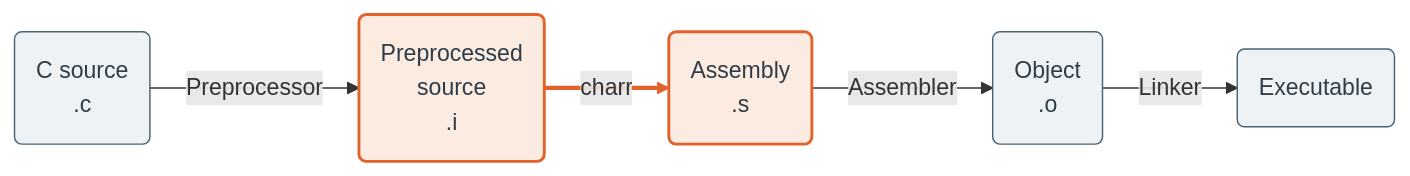
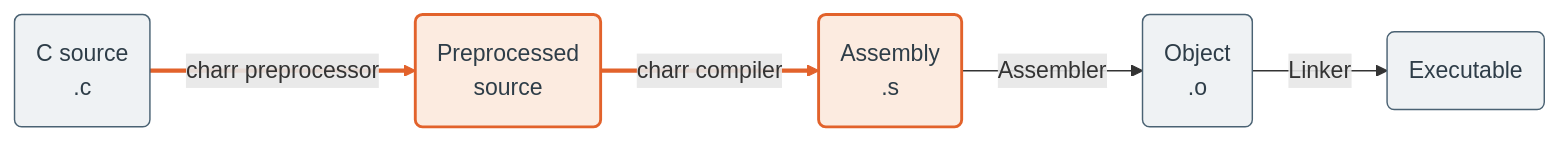
Before and after one commit to joshuanunn/charr: the first of 2 diagrams in README.md, drawn with Mermaid. The commit also changed other lines of this file, not shown here.

Commit message:
Update README to document the new preprocessor

````diff
--- a/README.md
+++ b/README.md
@@ -124,19 +138,19 @@
 ```mermaid
 flowchart LR
     src("C source<br/>.c")
-    pp("Preprocessed<br/>source<br/>.i")
+    pp("Preprocessed<br/>source")
     asm("Assembly<br/>.s")
     obj("Object<br/>.o")
     exe("Executable")
 
-    src -->|Preprocessor| pp
-    pp -->|charr| asm
+    src -->|charr preprocessor| pp
+    pp -->|charr compiler| asm
     asm -->|Assembler| obj
     obj -->|Linker| exe
 
     classDef stage fill:#EFF2F4,stroke:#4A6273,stroke-width:1px,color:#2E3D48;
     classDef out fill:#FCEBE0,stroke:#E2622B,stroke-width:2px,color:#2E3D48;
     class src,obj,exe stage;
     class pp,asm out;
-    linkStyle 1 stroke:#E2622B,stroke-width:3px;
+    linkStyle 0,1 stroke:#E2622B,stroke-width:3px;
 ```
````
